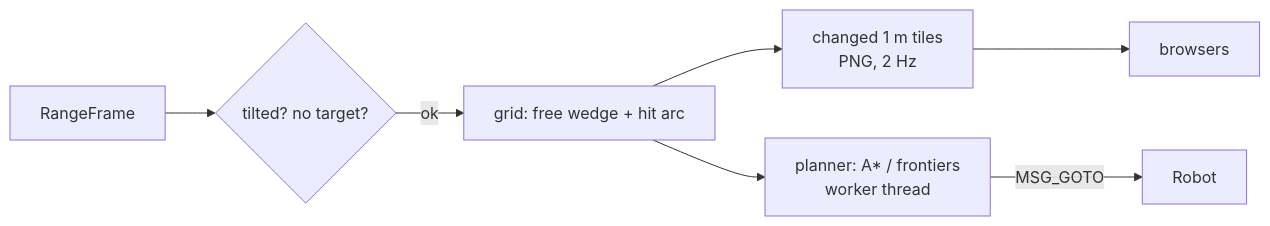
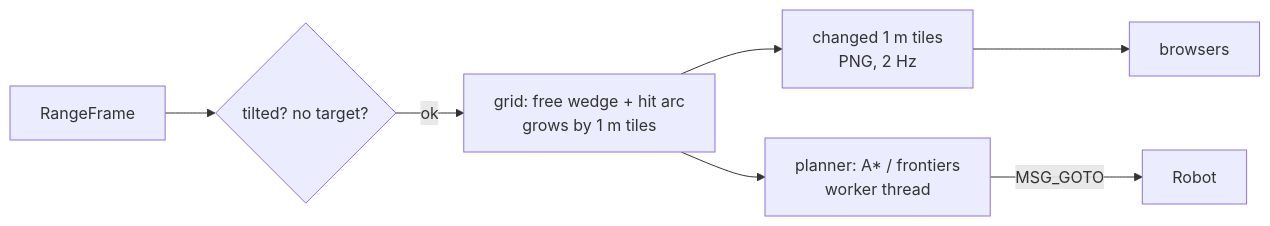
Before and after one commit to nespotts/self_balancing_robot_3: the third of 3 diagrams in docs/station-features.md, drawn with Mermaid. The commit also changed other lines of this file and 4 other files, not shown here.

````diff
--- a/docs/station-features.md
+++ b/docs/station-features.md
@@ -139,5 +141,5 @@
 ```mermaid
 flowchart LR
-  R[RangeFrame] --> F{tilted? no target?} -- ok --> G[grid: free wedge + hit arc] --> T[changed 1 m tiles<br>PNG, 2 Hz] --> W[browsers]
+  R[RangeFrame] --> F{tilted? no target?} -- ok --> G[grid: free wedge + hit arc<br>grows by 1 m tiles] --> T[changed 1 m tiles<br>PNG, 2 Hz] --> W[browsers]
   G --> P[planner: A* / frontiers<br>worker thread] -- MSG_GOTO --> Robot
 ```
````
